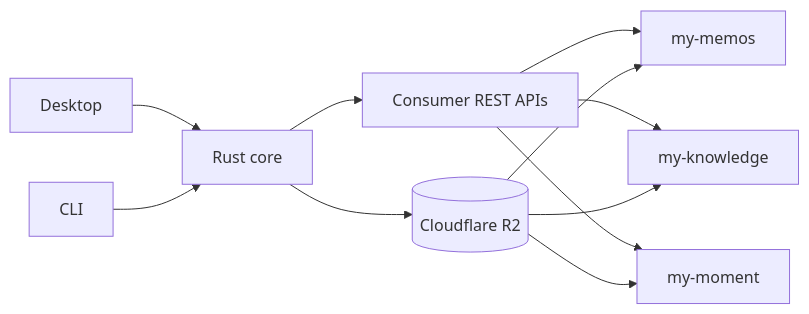
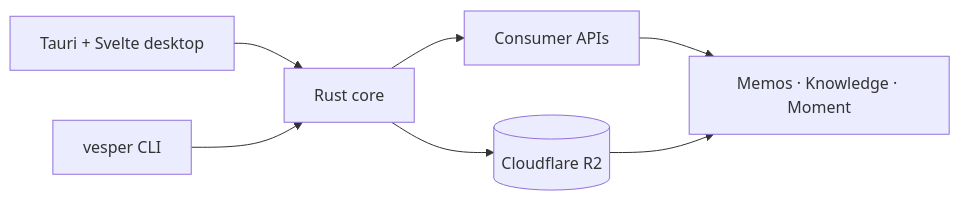
One commit to Pleasurecruise/my-workspace changed the diagram in README.md. Above: the diagram before and after it, drawn with Mermaid. The commit also changed other lines of this file and 67 other files, not shown here.

Commit message:
feat: expand Vesper desktop workflows

````diff
--- a/README.md
+++ b/README.md
@@ -12,13 +37,9 @@
 ```mermaid
 flowchart LR
-    Desktop[Desktop] --> Core[Rust core]
-    CLI[CLI] --> Core
-    Core --> APIs[Consumer REST APIs]
+    Desktop[Tauri + Svelte desktop] --> Core[Rust core]
+    CLI[vesper CLI] --> Core
+    Core --> APIs[Consumer APIs]
     Core --> R2[(Cloudflare R2)]
-    APIs --> Memos[my-memos]
-    APIs --> Knowledge[my-knowledge]
-    APIs --> Moment[my-moment]
-    R2 --> Memos
-    R2 --> Knowledge
-    R2 --> Moment
+    APIs --> Services[Memos · Knowledge · Moment]
+    R2 --> Services
 ```
````
